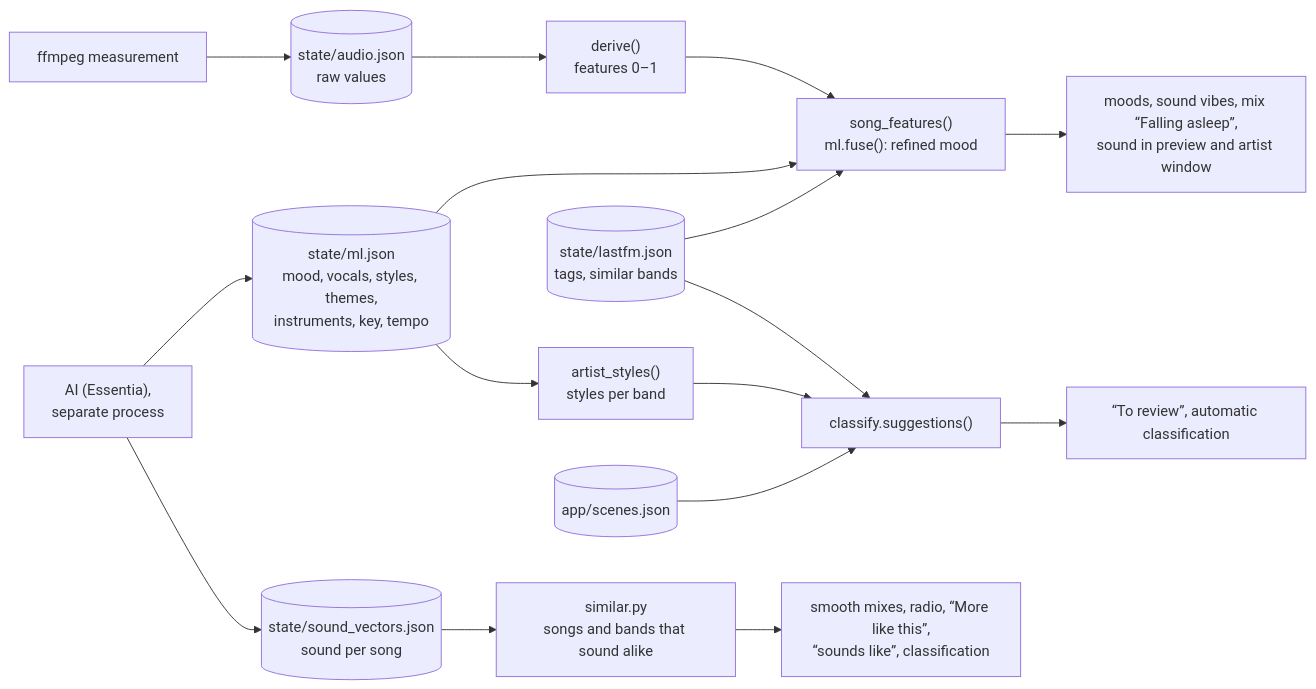
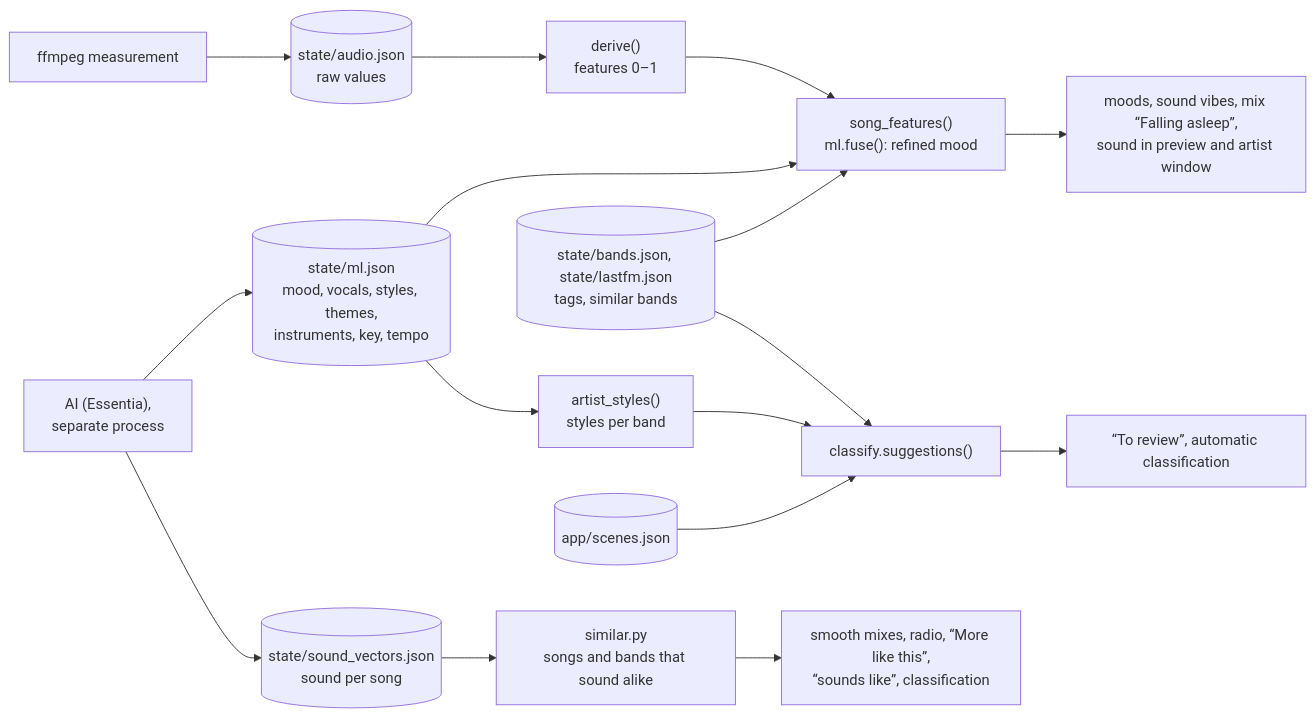
One commit to seluce/Tuttiphon changed the diagram in docs/06-intelligence.md. Above: the diagram before and after it, drawn with Mermaid. The commit also changed other lines of this file and 190 other files, not shown here.

First line of the commit message:
Similar bands and tags from ListenBrainz and Deezer, Last.fm optional

````diff
--- a/docs/06-intelligence.md
+++ b/docs/06-intelligence.md
@@ -30,18 +31,18 @@
 ```mermaid
 flowchart LR
   F["ffmpeg measurement"] --> A[("state/audio.json<br>raw values")]
   A --> D["derive()<br>features 0–1"]
   E["AI (Essentia),<br>separate process"] --> M[("state/ml.json<br>mood, vocals, styles, themes,<br>instruments, key, tempo")]
   E --> V[("state/sound_vectors.json<br>sound per song")]
   V --> SI["similar.py<br>songs and bands that sound alike"]
   SI --> U3["smooth mixes, radio, “More like this”,<br>“sounds like”, classification"]
-  L[("state/lastfm.json<br>tags, similar bands")] --> S["song_features()<br>ml.fuse(): refined mood"]
+  L[("state/bands.json, state/lastfm.json<br>tags, similar bands")] --> S["song_features()<br>ml.fuse(): refined mood"]
   D --> S
   M --> S
   S --> U1["moods, sound vibes, mix “Falling asleep”,<br>sound in preview and artist window"]
   M --> ST["artist_styles()<br>styles per band"]
   L --> C["classify.suggestions()"]
   ST --> C
   K[("app/scenes.json")] --> C
   C --> U2["“To review”, automatic classification"]
 ```
````
